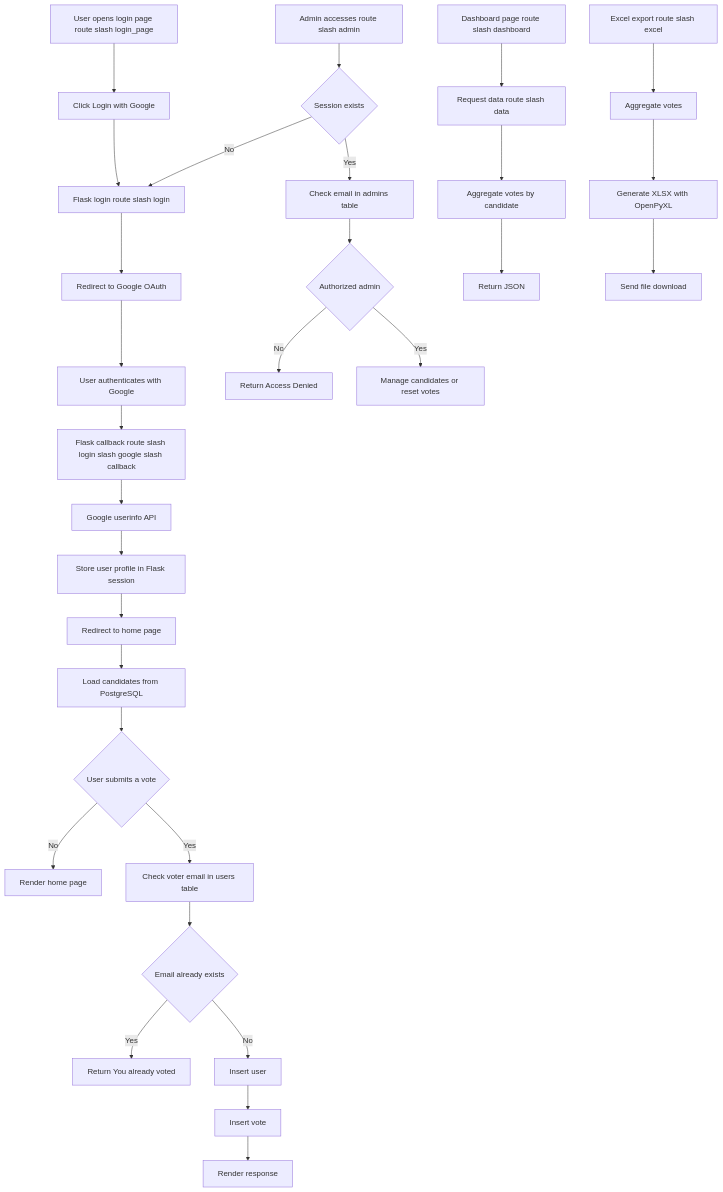
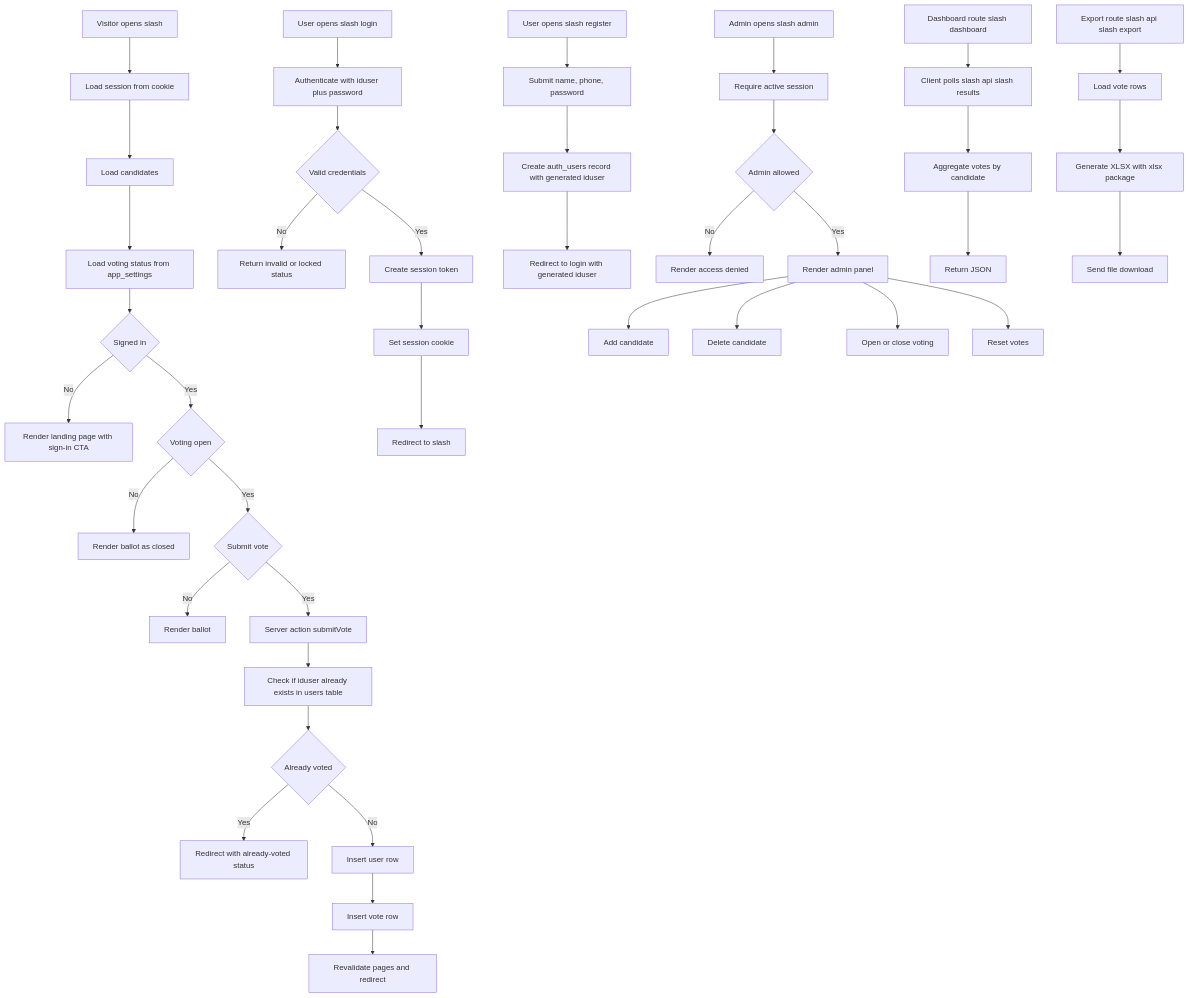
One commit to saralray/voting-webapp changed the diagram in docs/SYSTEM_FLOWCHART.md. Above: the diagram before and after it, drawn with Mermaid. The commit also changed other lines of this file and 35 other files, not shown here.

Commit message:
Rebuild voting app with Next.js

````diff
--- a/docs/SYSTEM_FLOWCHART.md
+++ b/docs/SYSTEM_FLOWCHART.md
@@ -5,36 +5,47 @@
 ```mermaid
 flowchart TD
-    A[User opens login page route slash login_page] --> B[Click Login with Google]
-    B --> C[Flask login route slash login]
-    C --> D[Redirect to Google OAuth]
-    D --> E[User authenticates with Google]
-    E --> F[Flask callback route slash login slash google slash callback]
-    F --> G[Google userinfo API]
-    G --> H[Store user profile in Flask session]
-    H --> I[Redirect to home page]
+    A[Visitor opens slash] --> B[Load session from cookie]
+    B --> C[Load candidates]
+    C --> D[Load voting status from app_settings]
+    D --> E{Signed in}
+    E -- No --> F[Render landing page with sign-in CTA]
+    E -- Yes --> G{Voting open}
+    G -- No --> H[Render ballot as closed]
+    G -- Yes --> I{Submit vote}
+    I -- No --> J[Render ballot]
+    I -- Yes --> K[Server action submitVote]
+    K --> L[Check if iduser already exists in users table]
+    L --> M{Already voted}
+    M -- Yes --> N[Redirect with already-voted status]
+    M -- No --> O[Insert user row]
+    O --> P[Insert vote row]
+    P --> Q[Revalidate pages and redirect]
 
-    I --> J[Load candidates from PostgreSQL]
-    J --> K{User submits a vote}
-    K -- No --> L[Render home page]
-    K -- Yes --> M[Check voter email in users table]
-    M --> N{Email already exists}
-    N -- Yes --> O[Return You already voted]
-    N -- No --> P[Insert user]
-    P --> Q[Insert vote]
-    Q --> R[Render response]
+    R[User opens slash login] --> S[Authenticate with iduser plus password]
+    S --> T{Valid credentials}
+    T -- No --> U[Return invalid or locked status]
+    T -- Yes --> V[Create session token]
+    V --> W[Set session cookie]
+    W --> X[Redirect to slash]
 
-    S[Admin accesses route slash admin] --> T{Session exists}
-    T -- No --> C
-    T -- Yes --> U[Check email in admins table]
-    U --> V{Authorized admin}
-    V -- No --> W[Return Access Denied]
-    V -- Yes --> X[Manage candidates or reset votes]
+    Y[User opens slash register] --> Z[Submit name, phone, password]
+    Z --> AA[Create auth_users record with generated iduser]
+    AA --> AB[Redirect to login with generated iduser]
 
-    Y[Dashboard page route slash dashboard] --> Z[Request data route slash data]
-    Z --> AA[Aggregate votes by candidate]
-    AA --> AB[Return JSON]
+    AC[Admin opens slash admin] --> AD[Require active session]
+    AD --> AE{Admin allowed}
+    AE -- No --> AF[Render access denied]
+    AE -- Yes --> AG[Render admin panel]
+    AG --> AH[Add candidate]
+    AG --> AI[Delete candidate]
+    AG --> AJ[Open or close voting]
+    AG --> AK[Reset votes]
 
-    AC[Excel export route slash excel] --> AD[Aggregate votes]
-    AD --> AE[Generate XLSX with OpenPyXL]
-    AE --> AF[Send file download]
+    AL[Dashboard route slash dashboard] --> AM[Client polls slash api slash results]
+    AM --> AN[Aggregate votes by candidate]
+    AN --> AO[Return JSON]
+
+    AP[Export route slash api slash export] --> AQ[Load vote rows]
+    AQ --> AR[Generate XLSX with xlsx package]
+    AR --> AS[Send file download]
 ```
````
